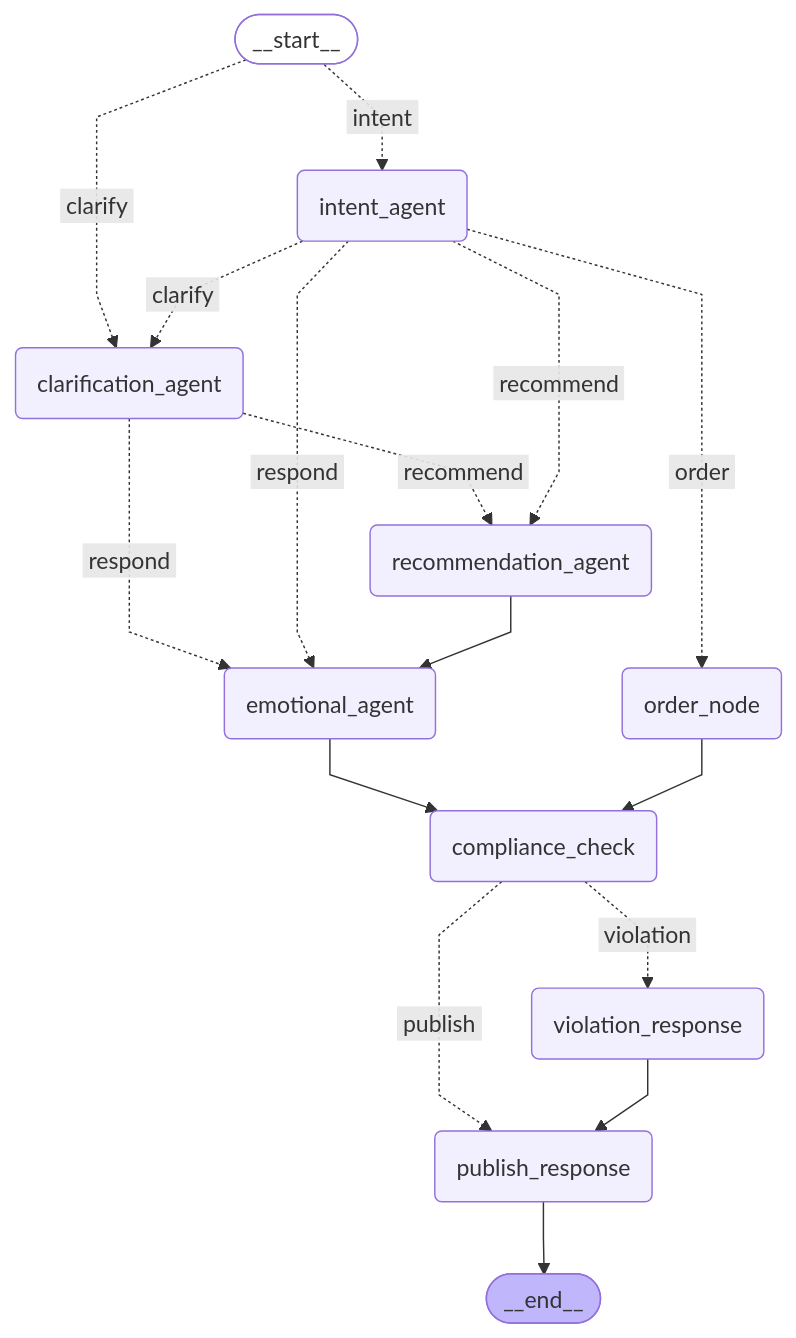
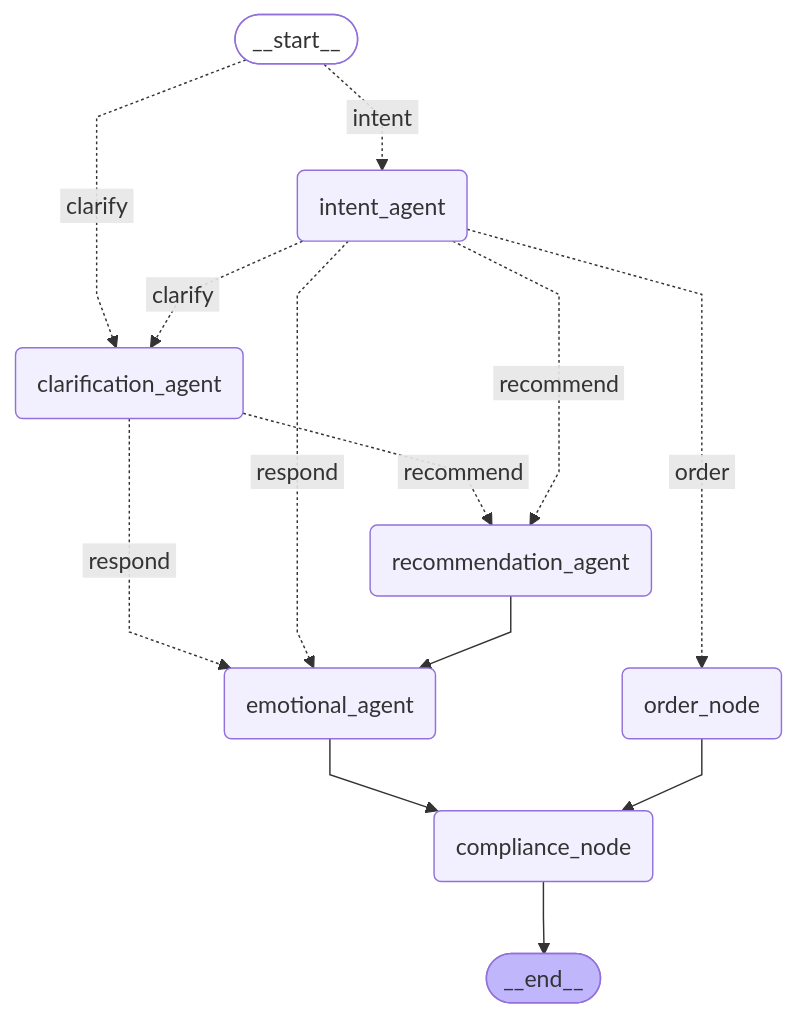
One commit to ivaris03/voice-shopping-agents changed the second of 4 diagrams in docs/architecture.md. Above: the diagram before and after it, drawn with Mermaid. The commit also changed other lines of this file and 9 other files, not shown here.

````diff
--- a/docs/architecture.md
+++ b/docs/architecture.md
@@ -88,36 +88,31 @@
 ```mermaid
 ---
 config:
   flowchart:
     curve: linear
 ---
 graph TD;
     __start__([<p>__start__</p>]):::first
     intent_agent(intent_agent)
     clarification_agent(clarification_agent)
     recommendation_agent(recommendation_agent)
     order_node(order_node)
     emotional_agent(emotional_agent)
-    compliance_check(compliance_check)
-    violation_response(violation_response)
-    publish_response(publish_response)
+    compliance_node(compliance_node)
     __end__([<p>__end__</p>]):::last
     __start__ -. &nbsp;clarify&nbsp; .-> clarification_agent;
     __start__ -. &nbsp;intent&nbsp; .-> intent_agent;
     clarification_agent -. &nbsp;respond&nbsp; .-> emotional_agent;
     clarification_agent -. &nbsp;recommend&nbsp; .-> recommendation_agent;
-    compliance_check -. &nbsp;publish&nbsp; .-> publish_response;
-    compliance_check -. &nbsp;violation&nbsp; .-> violation_response;
-    emotional_agent --> compliance_check;
+    emotional_agent --> compliance_node;
     intent_agent -. &nbsp;clarify&nbsp; .-> clarification_agent;
     intent_agent -. &nbsp;respond&nbsp; .-> emotional_agent;
     intent_agent -. &nbsp;order&nbsp; .-> order_node;
     intent_agent -. &nbsp;recommend&nbsp; .-> recommendation_agent;
-    order_node --> compliance_check;
+    order_node --> compliance_node;
     recommendation_agent --> emotional_agent;
-    violation_response --> publish_response;
-    publish_response --> __end__;
+    compliance_node --> __end__;
     classDef default fill:#f2f0ff,line-height:1.2
     classDef first fill-opacity:0
     classDef last fill:#bfb6fc
 ```
````
